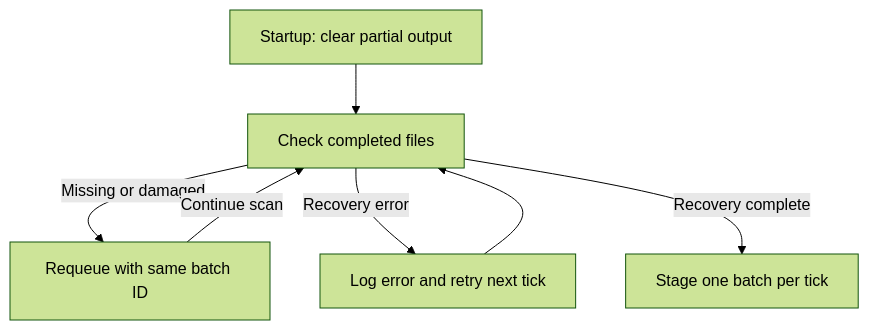
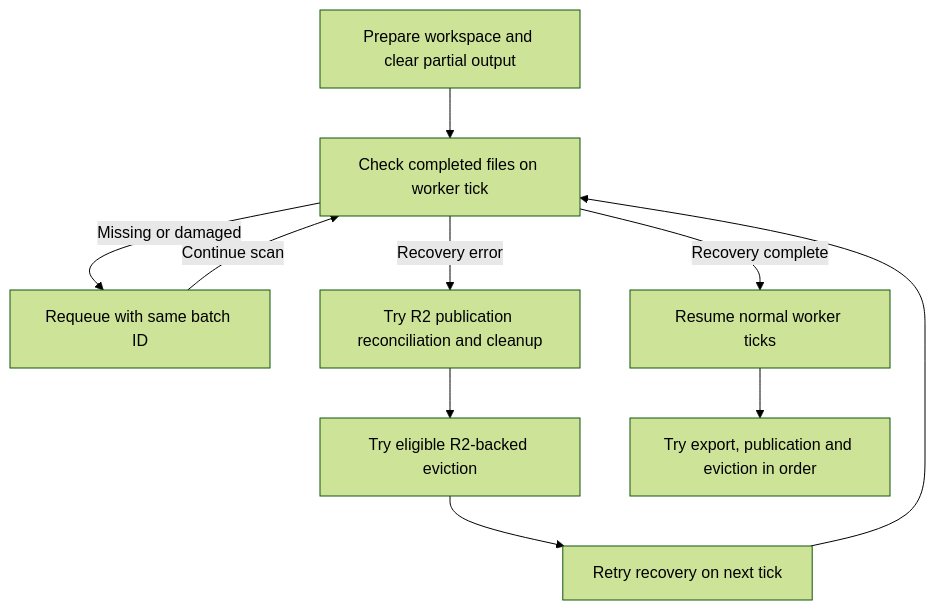
Before and after one commit to alexfalkowski/einblick: the diagram in docs/operations.md, drawn with Mermaid (forest theme). The commit also changed other lines of this file and 16 other files, not shown here.

````diff
--- a/docs/operations.md
+++ b/docs/operations.md
@@ -58,11 +58,14 @@
 ```mermaid
 flowchart TD
-    accTitle: Local Parquet recovery after restart
-    accDescr: Clear partial files, check completed files, requeue missing or damaged files, then resume staging one batch per tick.
-    Start["Startup: clear partial output"] --> Verify[Check completed files]
+    accTitle: Archive worker startup and first recovery
+    accDescr: Startup prepares the workspace. The worker verifies or requeues staged files before new exports and uploads. It can reconcile recorded publication and attempt eligible eviction on a tick while recovery is blocked.
+    Start[Prepare workspace and clear partial output] --> Verify[Check completed files on worker tick]
     Verify -->|Missing or damaged| Requeue[Requeue with same batch ID]
     Requeue -->|Continue scan| Verify
-    Verify -->|Recovery error| Retry[Log error and retry next tick]
+    Verify -->|Recovery error| Reconcile[Try R2 publication reconciliation and cleanup]
+    Reconcile --> Eviction[Try eligible R2-backed eviction]
+    Eviction --> Retry[Retry recovery on next tick]
     Retry --> Verify
-    Verify -->|Recovery complete| Stage[Stage one batch per tick]
+    Verify -->|Recovery complete| Work[Resume normal worker ticks]
+    Work --> Stage[Try export, publication and eviction in order]
 ```
````
